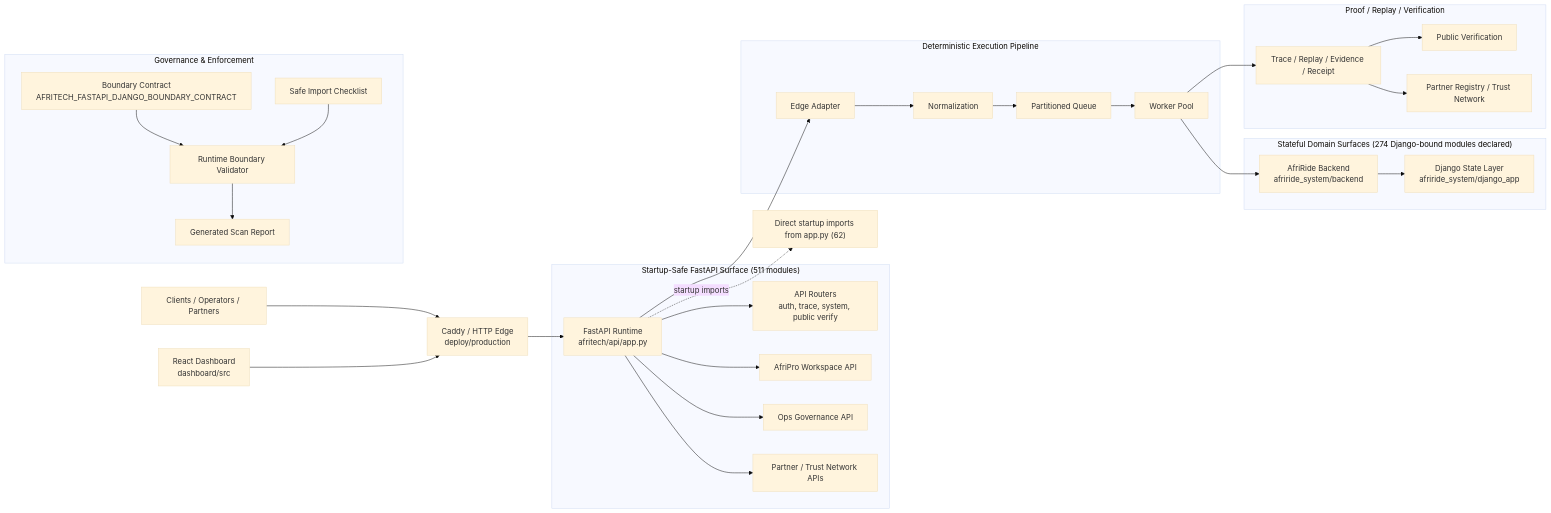
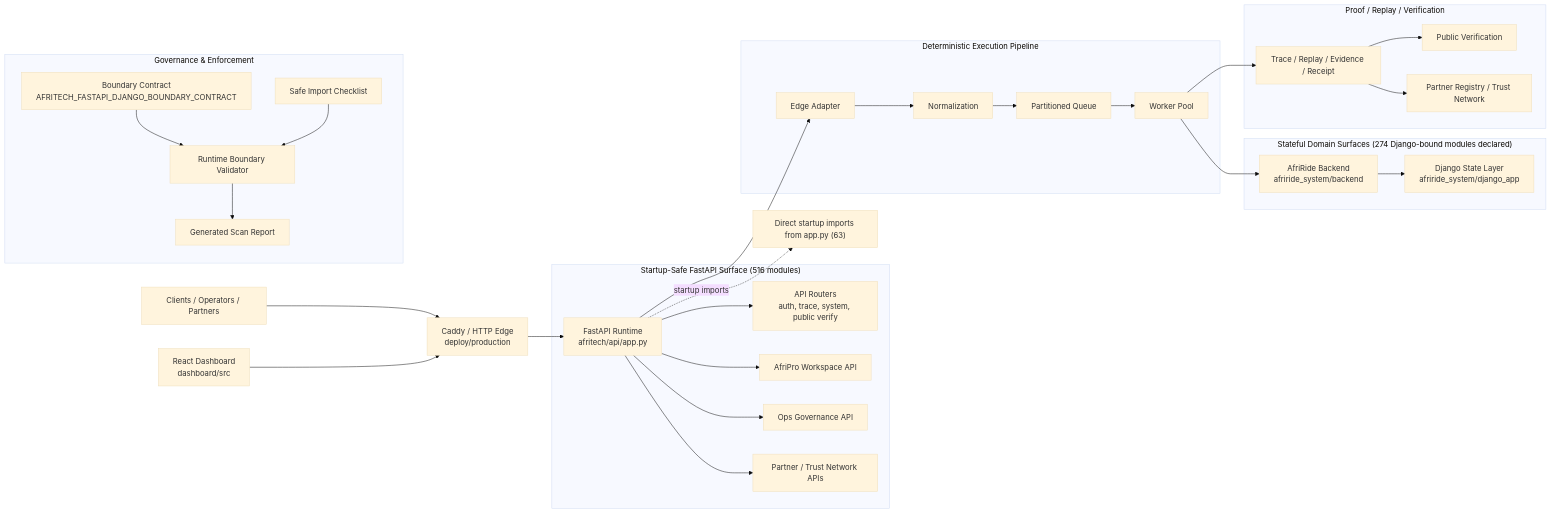
One commit to Strelly2023/afritelematics changed the first of 2 diagrams in docs/architecture/AFRITECH_FULL_ARCHITECTURE_GRAPH.md. Above: the diagram before and after it, drawn with Mermaid (base theme). The commit also changed other lines of this file and 8 other files, not shown here.

````diff
--- a/docs/architecture/AFRITECH_FULL_ARCHITECTURE_GRAPH.md
+++ b/docs/architecture/AFRITECH_FULL_ARCHITECTURE_GRAPH.md
@@ -22,39 +22,39 @@
 ```mermaid
 flowchart LR
     Client["Clients / Operators / Partners"] --> Edge["Caddy / HTTP Edge\ndeploy/production"]
     Dashboard["React Dashboard\ndashboard/src"] --> Edge
     Edge --> App["FastAPI Runtime\nafritech/api/app.py"]
 
-    subgraph FastAPI["Startup-Safe FastAPI Surface (511 modules)"]
+    subgraph FastAPI["Startup-Safe FastAPI Surface (516 modules)"]
         App --> Api["API Routers\nauth, trace, system, public verify"]
         App --> Workspace["AfriPro Workspace API"]
         App --> Governance["Ops Governance API"]
         App --> Trust["Partner / Trust Network APIs"]
     end
 
     subgraph Pipeline["Deterministic Execution Pipeline"]
         App --> Adapt["Edge Adapter"]
         Adapt --> Normalize["Normalization"]
         Normalize --> Queue["Partitioned Queue"]
         Queue --> Worker["Worker Pool"]
     end
 
     subgraph State["Stateful Domain Surfaces (274 Django-bound modules declared)"]
         Worker --> Domain["AfriRide Backend\nafriride_system/backend"]
         Domain --> Django["Django State Layer\nafriride_system/django_app"]
     end
 
     subgraph Proof["Proof / Replay / Verification"]
         Worker --> Trace["Trace / Replay / Evidence / Receipt"]
         Trace --> Public["Public Verification"]
         Trace --> Registry["Partner Registry / Trust Network"]
     end
 
     subgraph GovernancePlane["Governance & Enforcement"]
         Contract["Boundary Contract\nAFRITECH_FASTAPI_DJANGO_BOUNDARY_CONTRACT"] --> Validator["Runtime Boundary Validator"]
         Checklist["Safe Import Checklist"] --> Validator
         Validator --> Review["Generated Scan Report"]
     end
 
-    App -. startup imports .-> Imports["Direct startup imports from app.py (62)"]
+    App -. startup imports .-> Imports["Direct startup imports from app.py (63)"]
 ```
````
